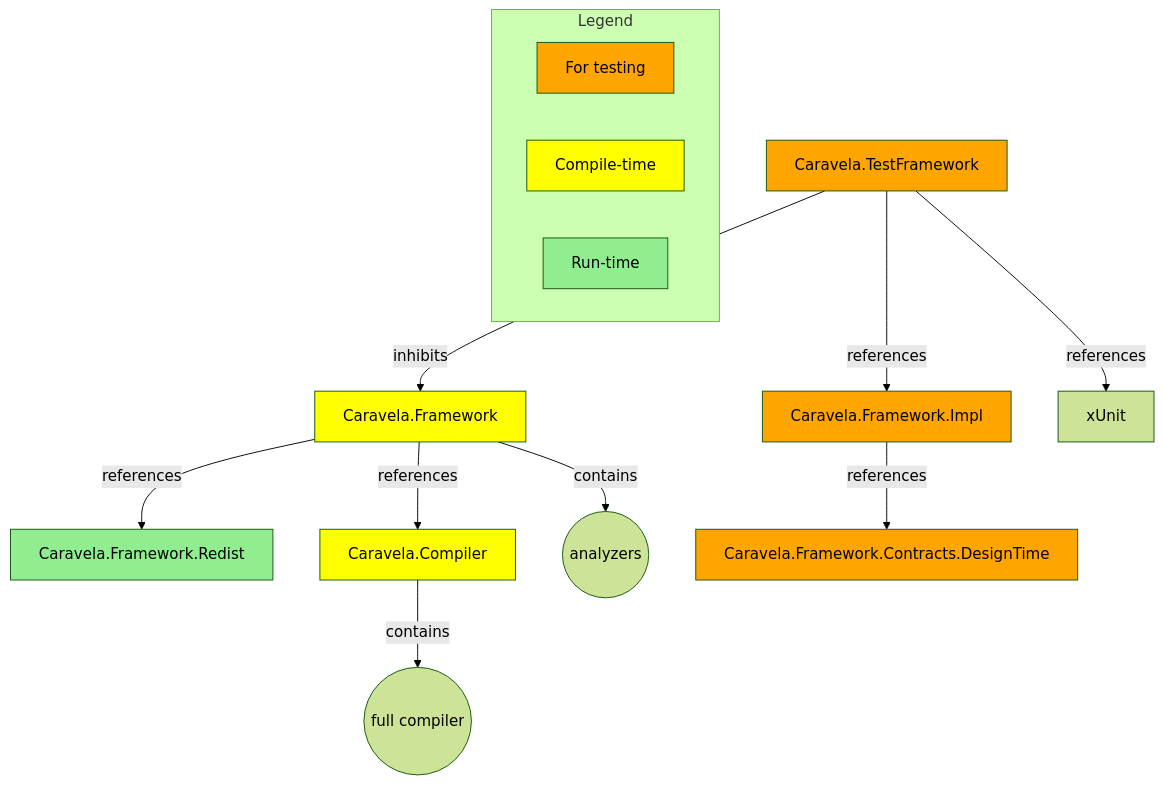
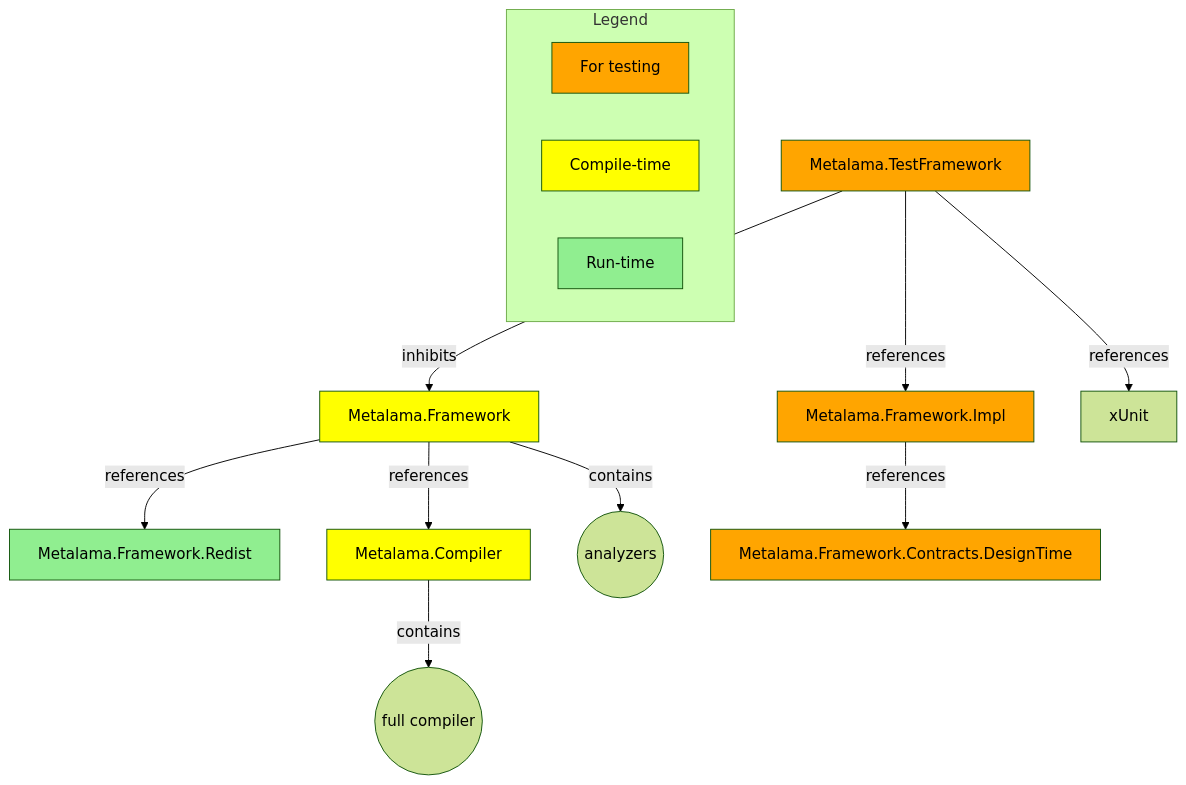
Before and after one commit to postsharp/Metalama.Documentation: the diagram in conceptual/packages.md, drawn with Mermaid (forest theme). The commit also changed other lines of this file and 177 other files, not shown here.

Commit message:
#29547 Bulk find&replace Metalama -> Caravela and other casings and PostSharp "Caravela" to Metalama.

````diff
--- a/conceptual/packages.md
+++ b/conceptual/packages.md
@@ -24,41 +24,41 @@
 ```mermaid
 graph TD
-    Caravela.Framework -- references --> Caravela.Framework.Redist
-    Caravela.Framework -- references-->  Caravela.Compiler
-    Caravela.Framework -- contains --> analyzers((analyzers))
-    Caravela.TestFramework -- inhibits --> Caravela.Framework
-    Caravela.TestFramework -- references--> Caravela.Framework.Impl
-    Caravela.TestFramework -- references--> xUnit
-    Caravela.Framework.Impl -- references--> Caravela.Framework.Contracts.DesignTime
+    Metalama.Framework -- references --> Metalama.Framework.Redist
+    Metalama.Framework -- references-->  Metalama.Compiler
+    Metalama.Framework -- contains --> analyzers((analyzers))
+    Metalama.TestFramework -- inhibits --> Metalama.Framework
+    Metalama.TestFramework -- references--> Metalama.Framework.Impl
+    Metalama.TestFramework -- references--> xUnit
+    Metalama.Framework.Impl -- references--> Metalama.Framework.Contracts.DesignTime
 
-    Caravela.Compiler -- contains --> compiler((full compiler))
+    Metalama.Compiler -- contains --> compiler((full compiler))
 
     classDef testing fill:orange;
-    class Caravela.TestFramework testing;
-    class Caravela.Framework.Impl testing;
-    class Caravela.Framework.Contracts.DesignTime testing;
+    class Metalama.TestFramework testing;
+    class Metalama.Framework.Impl testing;
+    class Metalama.Framework.Contracts.DesignTime testing;
 
     classDef compileTime fill:yellow;
-    class Caravela.Framework compileTime;
-    class Caravela.Compiler compileTime;
+    class Metalama.Framework compileTime;
+    class Metalama.Compiler compileTime;
 
     classDef runTime fill:lightgreen;
-    class Caravela.Framework.Redist runTime;
+    class Metalama.Framework.Redist runTime;
 
     
 
 
     subgraph Legend
 
         t[For testing]
         class t testing
 
         c[Compile-time]
         class c compileTime
 
         r[Run-time]
         class r runTime
 
     end
 
 ```
````
